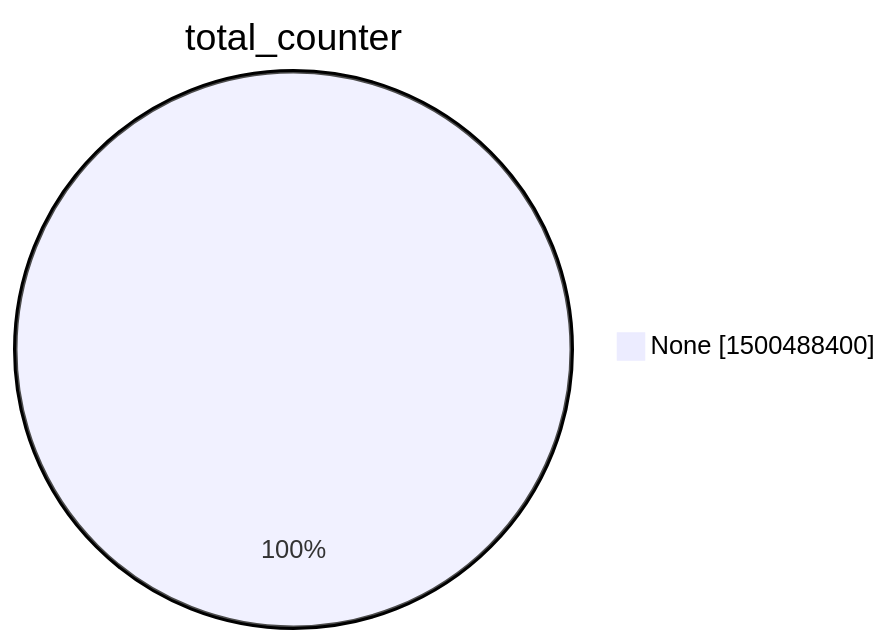
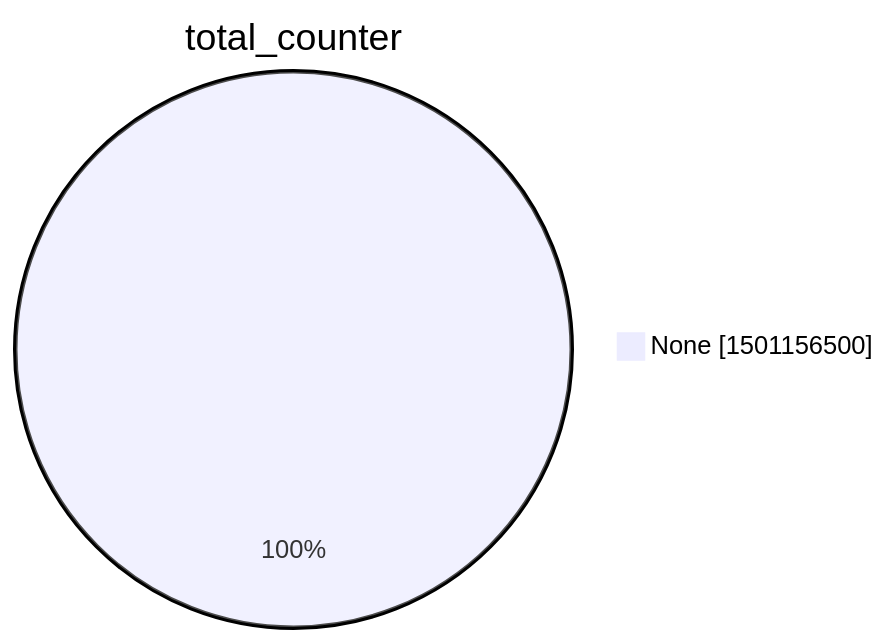
One commit to christiankrug/ctmonitor_visualization changed the second of 15 diagrams in argon2022/README.md. Above: the diagram before and after it, drawn with Mermaid. The commit also changed other lines of this file, not shown here.

````diff
--- a/argon2022/README.md
+++ b/argon2022/README.md
@@ -9,5 +9,5 @@
 ```mermaid
 pie showData
 title total_counter
-"None" :1500488400
+"None" :1501156500
 ```
````
